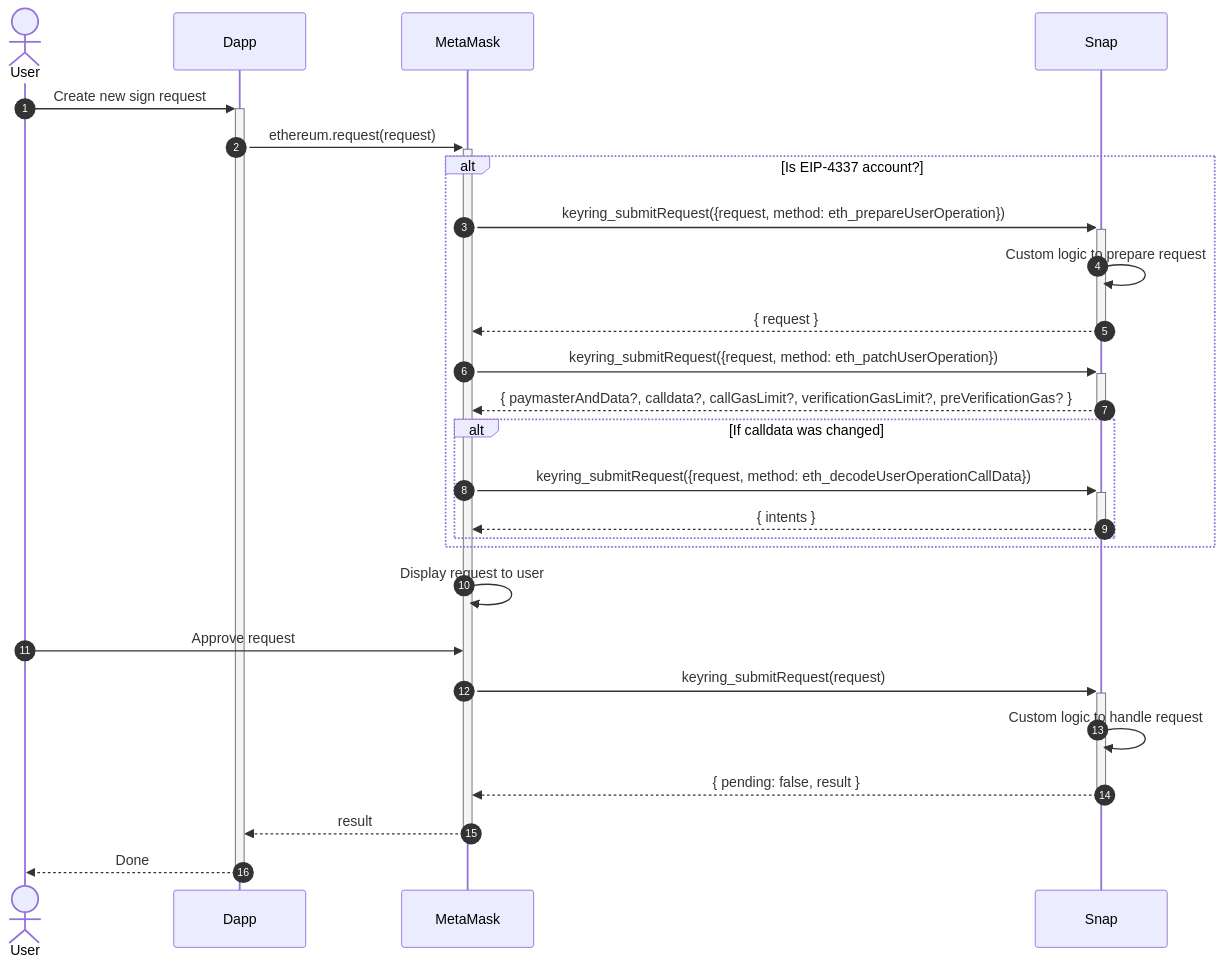
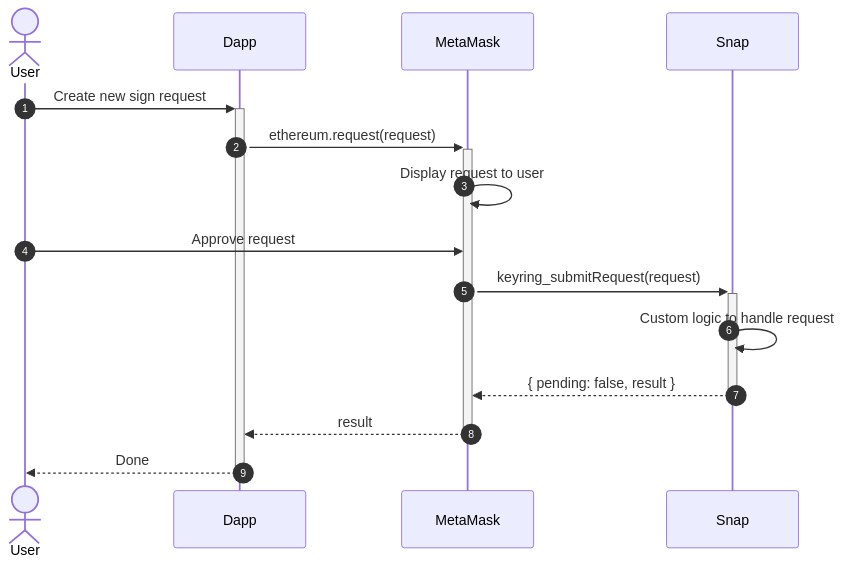
The sixth of 6 diagrams in packages/keyring-api/docs/architecture.md (MetaMask/accounts), drawn with Mermaid before and after one commit. The commit also changed 31 other files, not shown here.

````diff
--- a/packages/keyring-api/docs/architecture.md
+++ b/packages/keyring-api/docs/architecture.md
@@ -200,33 +200,22 @@
 ```mermaid
 sequenceDiagram
 autonumber
 
 actor User
 participant Dapp
 participant MetaMask
 participant Snap
 
 User ->>+ Dapp: Create new sign request
 Dapp ->>+ MetaMask: ethereum.request(request)
-alt Is EIP-4337 account?
-  MetaMask ->>+ Snap: keyring_submitRequest({request, method: eth_prepareUserOperation})
-  Snap ->> Snap: Custom logic to prepare request
-  Snap -->>- MetaMask: { request }
-  MetaMask ->>+ Snap: keyring_submitRequest({request, method: eth_patchUserOperation})
-  Snap -->>- MetaMask: { paymasterAndData?, calldata?, callGasLimit?, verificationGasLimit?, preVerificationGas? }
-  alt If calldata was changed
-    MetaMask ->>+ Snap: keyring_submitRequest({request, method: eth_decodeUserOperationCallData})
-    Snap -->>- MetaMask: { intents }
-  end
-end
 MetaMask ->> MetaMask: Display request to user
 User ->> MetaMask: Approve request
 
 MetaMask ->>+ Snap: keyring_submitRequest(request)
 Snap ->> Snap: Custom logic to handle request
 Snap -->>- MetaMask: { pending: false, result }
 
 MetaMask -->>- Dapp: result
 
 Dapp -->>- User: Done
 ```
````
